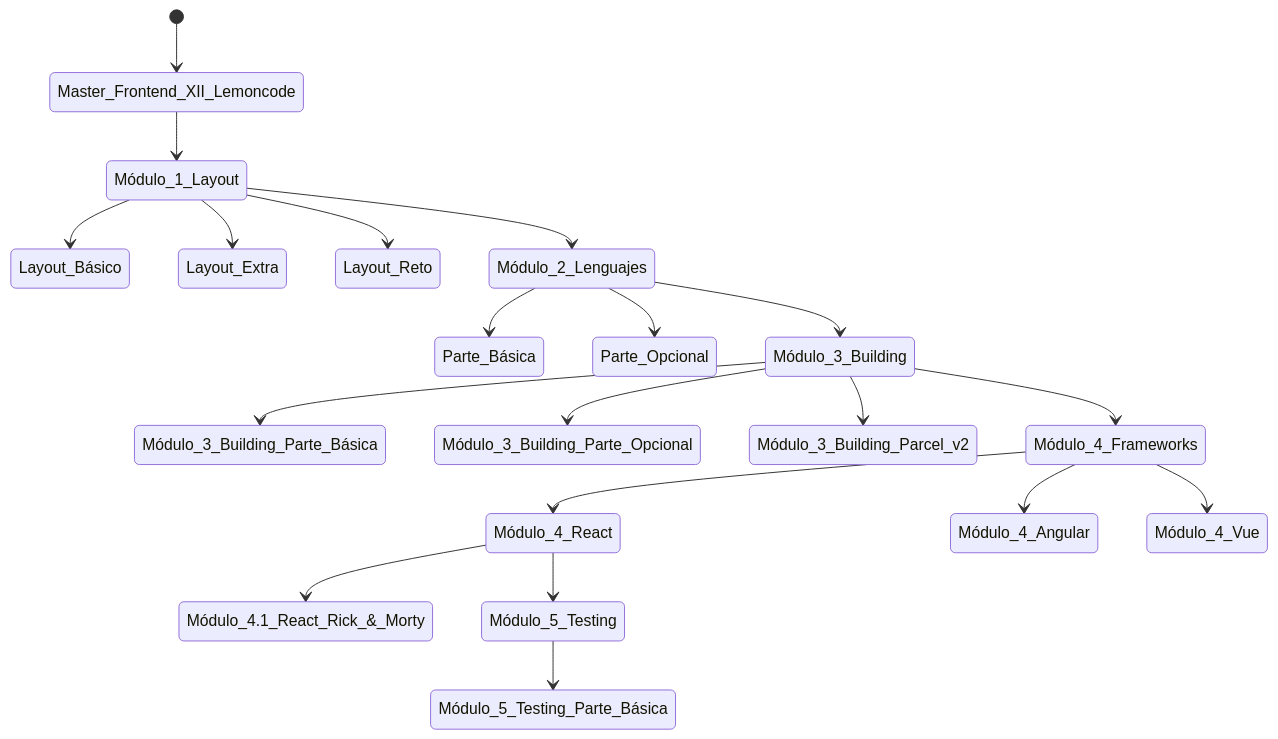
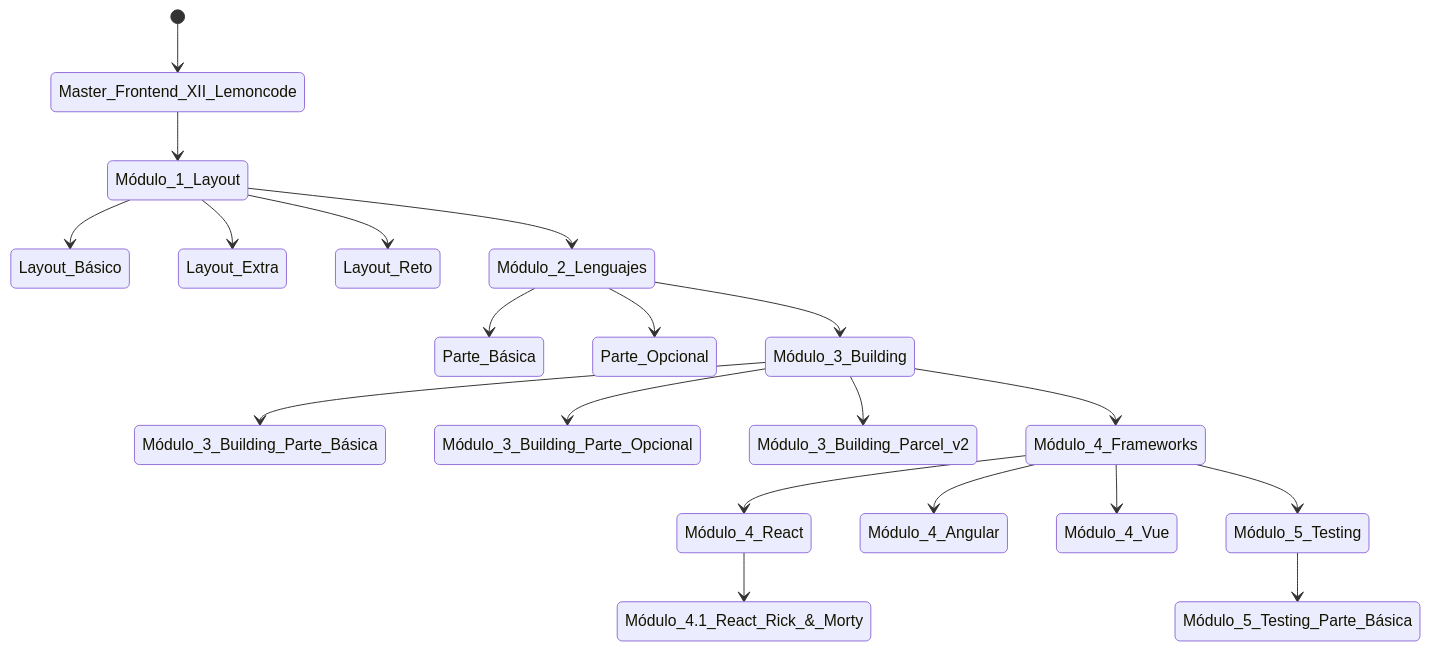
The diagram in README.md (MiguelJiRo/Master-Frontend-XII-Lemoncode), drawn with Mermaid before and after one commit.

````diff
--- a/README.md
+++ b/README.md
@@ -27,22 +27,22 @@
  ```mermaid
     stateDiagram
         [*] --> Master_Frontend_XII_Lemoncode
         Master_Frontend_XII_Lemoncode --> Módulo_1_Layout
         Módulo_1_Layout --> Layout_Básico 
         Módulo_1_Layout --> Layout_Extra  
         Módulo_1_Layout --> Layout_Reto  
         Módulo_1_Layout --> Módulo_2_Lenguajes
         Módulo_2_Lenguajes --> Parte_Básica 
         Módulo_2_Lenguajes --> Parte_Opcional 
         Módulo_2_Lenguajes --> Módulo_3_Building
         Módulo_3_Building --> Módulo_3_Building_Parte_Básica
         Módulo_3_Building --> Módulo_3_Building_Parte_Opcional
         Módulo_3_Building --> Módulo_3_Building_Parcel_v2
         Módulo_3_Building --> Módulo_4_Frameworks
         Módulo_4_Frameworks --> Módulo_4_React
         Módulo_4_Frameworks --> Módulo_4_Angular
         Módulo_4_Frameworks --> Módulo_4_Vue
         Módulo_4_React --> Módulo_4.1_React_Rick_&_Morty
-        Módulo_4_React --> Módulo_5_Testing
+        Módulo_4_Frameworks --> Módulo_5_Testing
         Módulo_5_Testing --> Módulo_5_Testing_Parte_Básica
  ```
````
